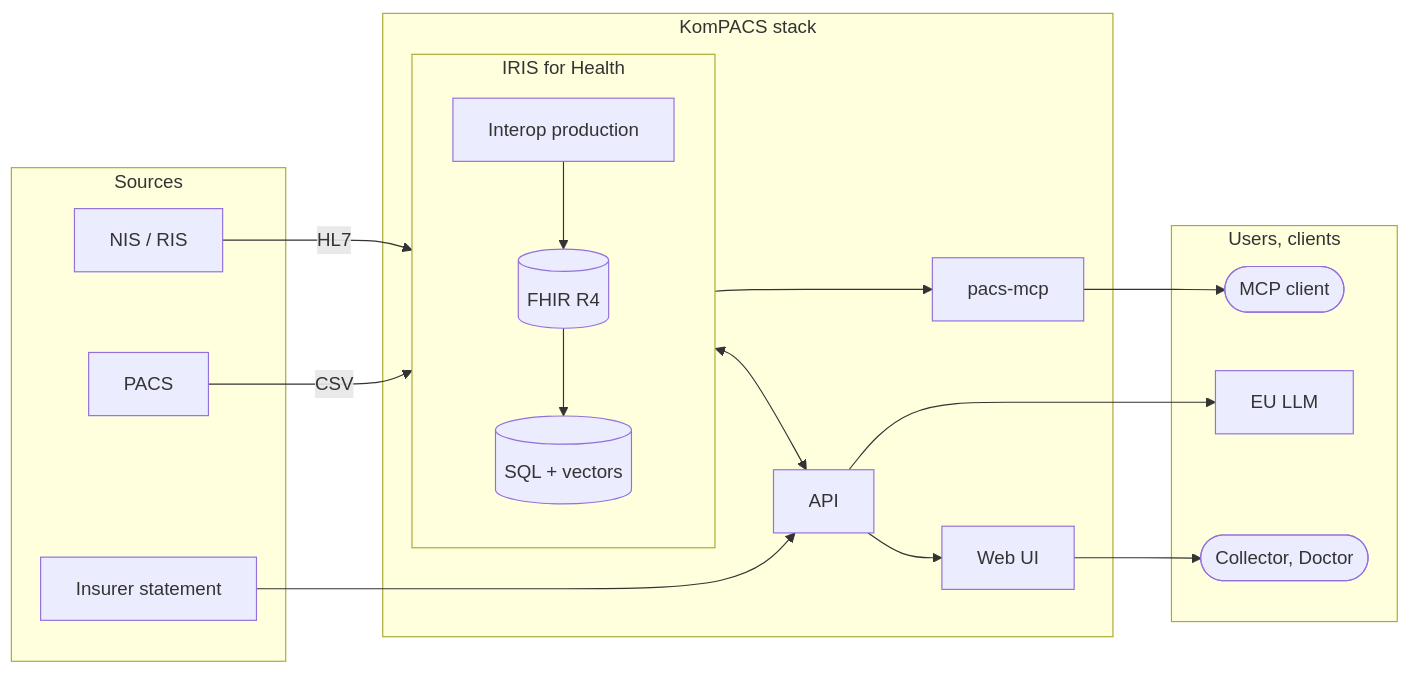
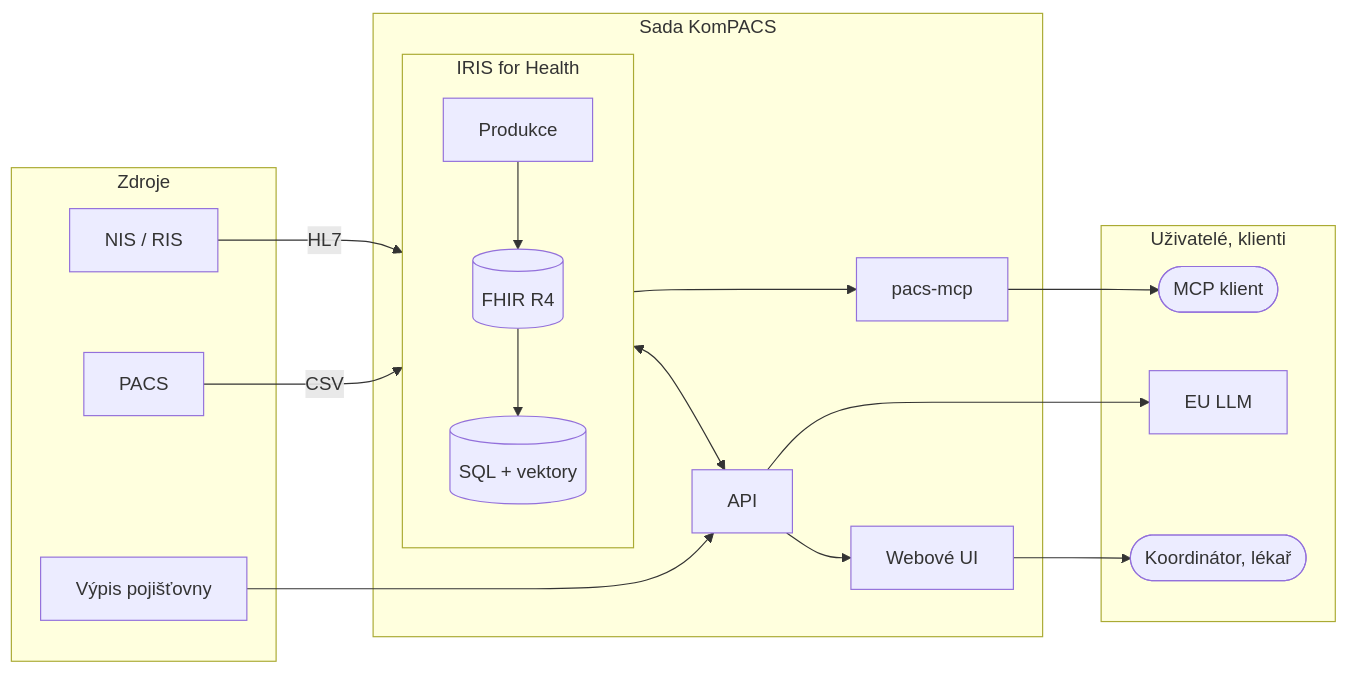
One commit to KomPACS/docs changed the diagram in src/content/docs/explanation/architecture.md. Above: the diagram before and after it, drawn with Mermaid. The commit also changed other lines of this file and 116 other files, not shown here.

````diff
--- a/src/content/docs/explanation/architecture.md
+++ b/src/content/docs/explanation/architecture.md
@@ -12,31 +10,31 @@
 ```mermaid
 flowchart LR
-  subgraph SRC["Sources"]
+  subgraph SRC["Zdroje"]
     NIS["NIS / RIS"]
     PACS["PACS"]
-    INS["Insurer statement"]
+    INS["Výpis pojišťovny"]
   end
-  subgraph STACK["KomPACS stack"]
+  subgraph STACK["Sada KomPACS"]
     subgraph IRIS["IRIS for Health"]
       direction TB
-      PROD["Interop production"] --> FHIR[("FHIR R4")] --> SQL[("SQL + vectors")]
+      PROD["Produkce"] --> FHIR[("FHIR R4")] --> SQL[("SQL + vektory")]
     end
     API["API"]
-    WEB["Web UI"]
+    WEB["Webové UI"]
     MCP["pacs-mcp"]
   end
-  subgraph OUT["Users, clients"]
-    USER(["Collector, Doctor"])
-    AGENT(["MCP client"])
+  subgraph OUT["Uživatelé, klienti"]
+    USER(["Koordinátor, lékař"])
+    AGENT(["MCP klient"])
     LLM["EU LLM"]
   end
   NIS -->|HL7| IRIS
   PACS -->|CSV| IRIS
   INS --> API
   IRIS <--> API
   IRIS --> MCP
   API --> WEB
   WEB --> USER
   MCP --> AGENT
   API --> LLM
 ```
````
